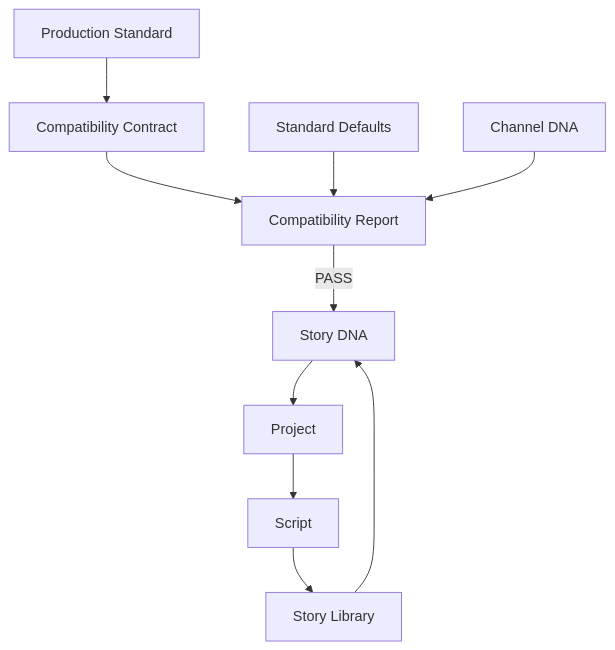
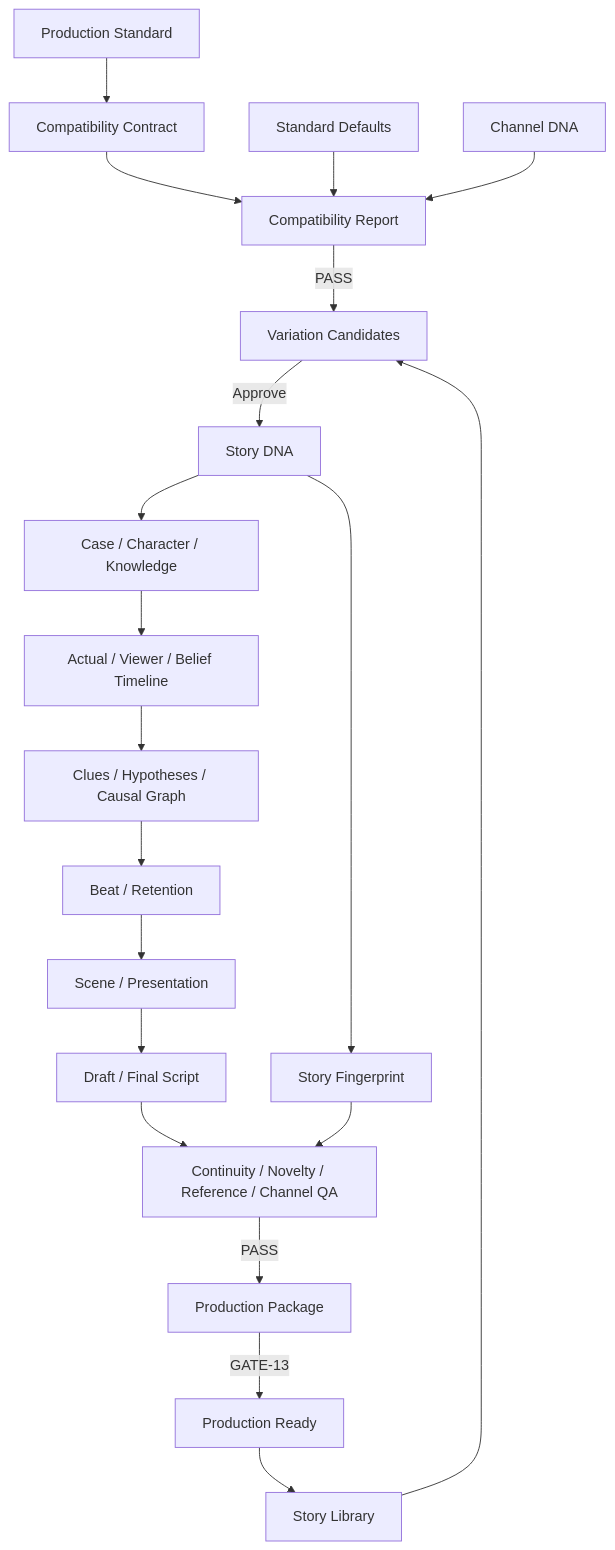
Before and after one commit to zzocojoa/mystery-starter-kit: the first of 2 diagrams in docs/01-plan/erd.md, drawn with Mermaid. The commit also changed other lines of this file and 122 other files, not shown here.

````diff
--- a/docs/01-plan/erd.md
+++ b/docs/01-plan/erd.md
@@ -3,12 +3,22 @@
 ```mermaid
 flowchart TD
     S[Production Standard] --> C[Compatibility Contract]
     C --> R[Compatibility Report]
     D[Standard Defaults] --> R
     H[Channel DNA] --> R
-    R -->|PASS| T[Story DNA]
-    L[Story Library] --> T
-    T --> P[Project]
-    P --> X[Script]
-    X --> L
+    R -->|PASS| V[Variation Candidates]
+    L[Story Library] --> V
+    V -->|Approve| T[Story DNA]
+    T --> F[Story Fingerprint]
+    T --> K[Case / Character / Knowledge]
+    K --> M[Actual / Viewer / Belief Timeline]
+    M --> Q[Clues / Hypotheses / Causal Graph]
+    Q --> B[Beat / Retention]
+    B --> N[Scene / Presentation]
+    N --> X[Draft / Final Script]
+    X --> A[Continuity / Novelty / Reference / Channel QA]
+    F --> A
+    A -->|PASS| P[Production Package]
+    P -->|GATE-13| Z[Production Ready]
+    Z --> L
 ```
````
